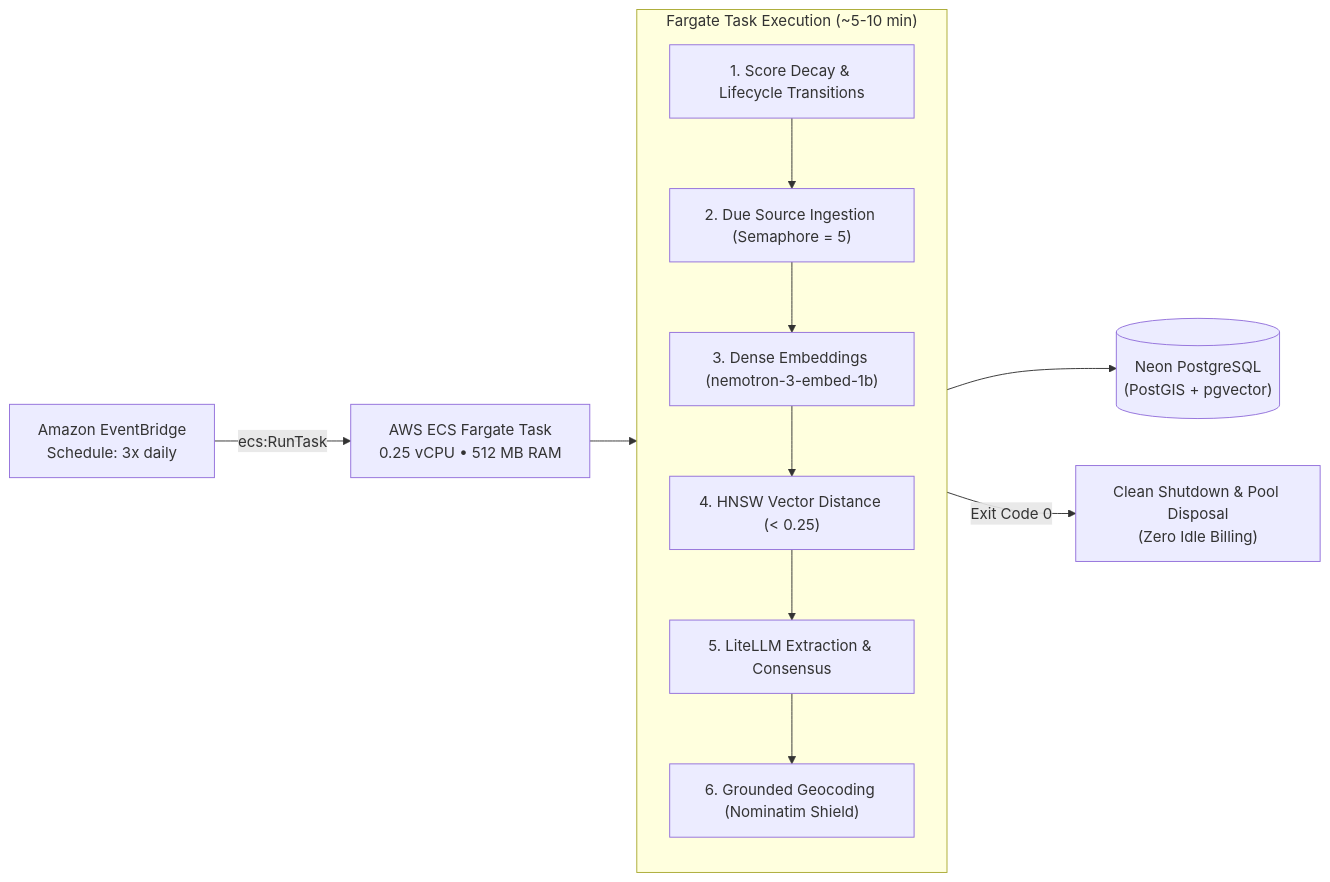
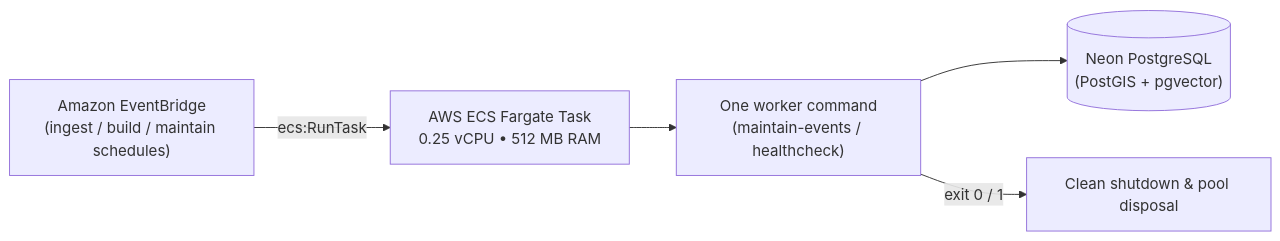
One commit to paavann/hermes changed the diagram in apps/hermes-worker/README.md. Above: the diagram before and after it, drawn with Mermaid. The commit also changed other lines of this file and 34 other files, not shown here.

Commit message:
refactor(news-ingestion): added context based job runs, db resets, maintenance and healthcheck logic.

````diff
--- a/apps/hermes-worker/README.md
+++ b/apps/hermes-worker/README.md
@@ -20,17 +20,7 @@
 ```mermaid
 flowchart LR
-    EventBridge["Amazon EventBridge\nSchedule: 3x daily"] -->|"ecs:RunTask"| Fargate["AWS ECS Fargate Task\n0.25 vCPU • 512 MB RAM"]
-    
-    subgraph Execution ["Fargate Task Execution (~5-10 min)"]
-        direction TB
-        Decay["1. Score Decay & Lifecycle Transitions"] --> Sync["2. Due Source Ingestion (Semaphore = 5)"]
-        Sync --> Embed["3. Dense Embeddings (nemotron-3-embed-1b)"]
-        Embed --> Cosine["4. HNSW Vector Distance (< 0.25)"]
-        Cosine --> LLM["5. LiteLLM Extraction & Consensus"]
-        LLM --> Geo["6. Grounded Geocoding (Nominatim Shield)"]
-    end
-
-    Fargate --> Execution
-    Execution --> NeonDB[("Neon PostgreSQL\n(PostGIS + pgvector)")]
-    Execution -->|"Exit Code 0"| Teardown["Clean Shutdown & Pool Disposal\n(Zero Idle Billing)"]
+    EventBridge["Amazon EventBridge\n(ingest / build / maintain schedules)"] -->|"ecs:RunTask"| Fargate["AWS ECS Fargate Task\n0.25 vCPU • 512 MB RAM"]
+    Fargate --> Command["One worker command\n(maintain-events / healthcheck)"]
+    Command --> NeonDB[("Neon PostgreSQL\n(PostGIS + pgvector)")]
+    Command -->|"exit 0 / 1"| Teardown["Clean shutdown & pool disposal"]
 ```
````
